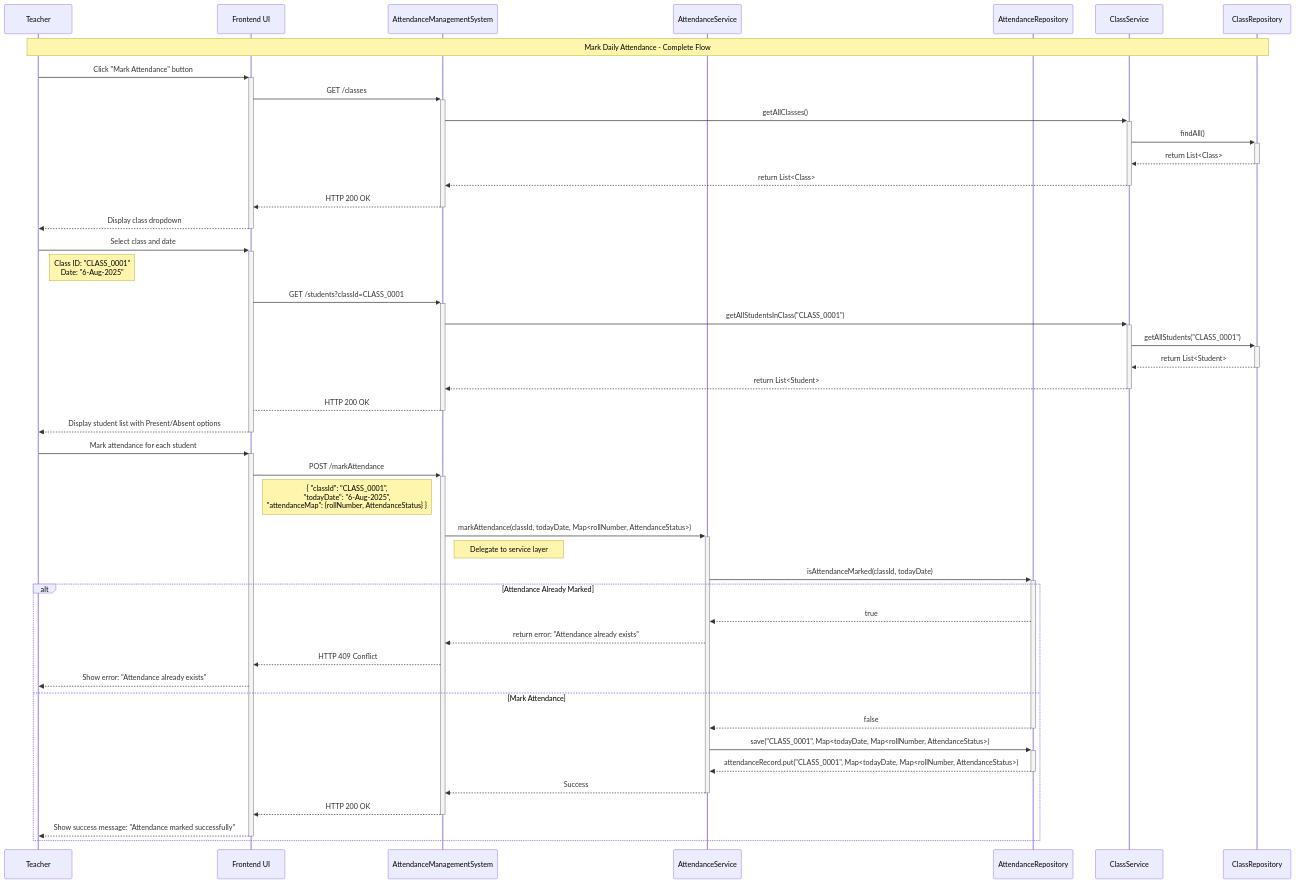
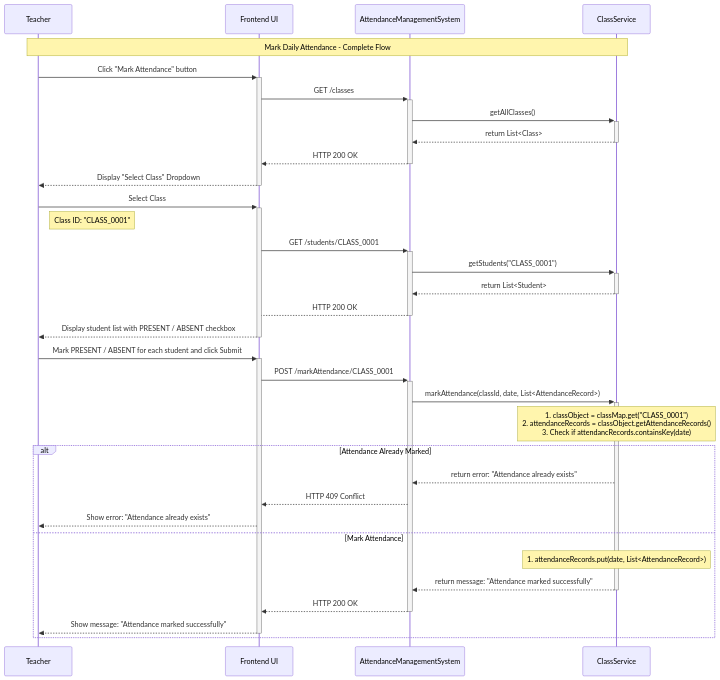
One commit to NishchayAnand/software-engineering changed the third of 4 diagrams in Backend Engineering/Case Studies/Case Study 1. Attendance Management System/Documentation/2. Sequence Flow.md. Above: the diagram before and after it, drawn with Mermaid. The commit also changed other lines of this file and 7 other files, not shown here.

Commit message:
done understanding mark attendance use case of attendance management system

````diff
--- a/Backend Engineering/Case Studies/Case Study 1. Attendance Management System/Documentation/2. Sequence Flow.md
+++ b/Backend Engineering/Case Studies/Case Study 1. Attendance Management System/Documentation/2. Sequence Flow.md
@@ -141,55 +141,43 @@
 ```mermaid
 sequenceDiagram
 	participant T as Teacher
 	participant UI as Frontend UI
 	participant AMS as AttendanceManagementSystem
-	participant AS as AttendanceService
-	participant AR as AttendanceRepository
 	participant CS as ClassService
-	participant CR as ClassRepository
 
-	Note over T, CR: Mark Daily Attendance - Complete Flow
+	Note over T, CS: Mark Daily Attendance - Complete Flow
 
 	%%Interaction 1: Click the "Mark Attendance" Button
 	T->>+UI: Click "Mark Attendance" button
 	UI->>+AMS: GET /classes
 	AMS->>+CS: getAllClasses()
-	CS->>+CR: findAll()
-	CR-->>-CS: return List<Class>
 	CS-->>-AMS: return List<Class>
 	AMS-->>-UI: HTTP 200 OK
-	UI-->>-T: Display class dropdown
+	UI-->>-T: Display "Select Class" Dropdown
 
-	%%Interaction 2: Fill the "Mark" Form
-	T->>+UI: Select class and date
-	Note right of T: Class ID: "CLASS_0001" <br/> Date: "6-Aug-2025"
-	UI->>+AMS: GET /students?classId=CLASS_0001
-	AMS->>+CS: getAllStudentsInClass("CLASS_0001")
-	CS->>+CR: getAllStudents("CLASS_0001")
-	CR-->>-CS: return List<Student>
+	%%Interaction 2: Fill the "Mark Attendance" Form
+	T->>+UI: Select Class
+	Note right of T: Class ID: "CLASS_0001"
+	UI->>+AMS: GET /students/CLASS_0001
+	AMS->>+CS: getStudents("CLASS_0001")
 	CS-->>-AMS: return List<Student>
 	AMS-->-UI: HTTP 200 OK
-	UI-->>-T: Display student list with Present/Absent options
+	UI-->>-T: Display student list with PRESENT / ABSENT checkbox
 
 	%%Interaction 3: Submit "Mark Attendance" Form
-	T->>+UI: Mark attendance for each student
-	UI->>+AMS: POST /markAttendance
-	Note right of UI: { "classId": "CLASS_0001", <br/> "todayDate": "6-Aug-2025", <br/> "attendanceMap": {rollNumber, AttendanceStatus} }
-	AMS->>+AS: markAttendance(classId, todayDate, Map<rollNumber, AttendanceStatus>)
-	Note right of AMS: Delegate to service layer
+	T->>+UI: Mark PRESENT / ABSENT for each student and click Submit
+	UI->>+AMS: POST /markAttendance/CLASS_0001
+	AMS->>+CS: markAttendance(classId, date, List<AttendanceRecord>)
+	Note over CS: 1. classObject = classMap.get("CLASS_0001") <br/> 2. attendanceRecords = classObject.getAttendanceRecords() <br/> 3. Check if attendancRecords.containsKey(date)
 
-	AS->>+AR: isAttendanceMarked(classId, todayDate)
 	alt Attendance Already Marked
-		AR-->>AS: true
-        AS-->>AMS: return error: "Attendance already exists"
+        CS-->>AMS: return error: "Attendance already exists"
         AMS-->>UI: HTTP 409 Conflict
         UI-->>T: Show error: "Attendance already exists"
     else Mark Attendance
-        AR-->>-AS: false
-        AS->>+AR: save("CLASS_0001", Map<todayDate, Map<rollNumber, AttendanceStatus>)
-        AR-->>-AS: attendanceRecord.put("CLASS_0001", Map<todayDate, Map<rollNumber, AttendanceStatus>)
-        AS-->>-AMS: Success
+        Note over CS: 1. attendanceRecords.put(date, List<AttendanceRecord>)
+        CS-->>-AMS: return message: "Attendance marked successfully"
         AMS-->>-UI: HTTP 200 OK
-        UI-->>-T: Show success message: "Attendance marked successfully"
+        UI-->>-T: Show message: "Attendance marked successfully"
     end
 ```
````
